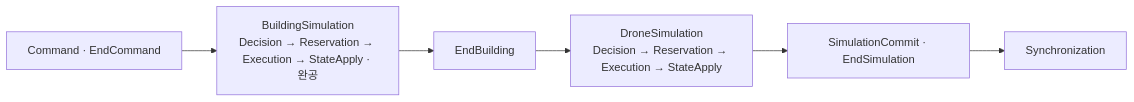
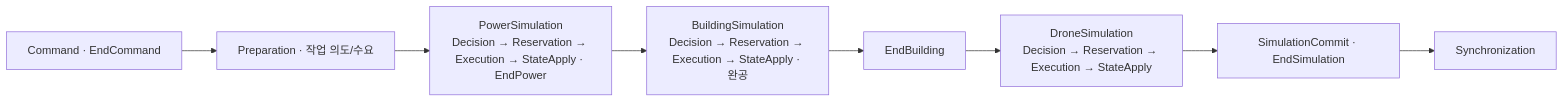
Before and after one commit to Gentlet/planet-miner: the diagram in Docs/CodeMemory/Components/README.md, drawn with Mermaid. The commit also changed other lines of this file and 93 other files, not shown here.

````diff
--- a/Docs/CodeMemory/Components/README.md
+++ b/Docs/CodeMemory/Components/README.md
@@ -54,8 +54,10 @@
 ```mermaid
 flowchart LR
-    C["Command · EndCommand"] --> B["BuildingSimulation<br/>Decision → Reservation → Execution → StateApply · 완공"]
+    C["Command · EndCommand"] --> P["Preparation · 작업 의도/수요"]
+    P --> PW["PowerSimulation<br/>Decision → Reservation → Execution → StateApply · EndPower"]
+    PW --> B["BuildingSimulation<br/>Decision → Reservation → Execution → StateApply · 완공"]
     B --> EB["EndBuilding"]
     EB --> D["DroneSimulation<br/>Decision → Reservation → Execution → StateApply"]
     D --> ES["SimulationCommit · EndSimulation"]
     ES --> S["Synchronization"]
 ```
````
